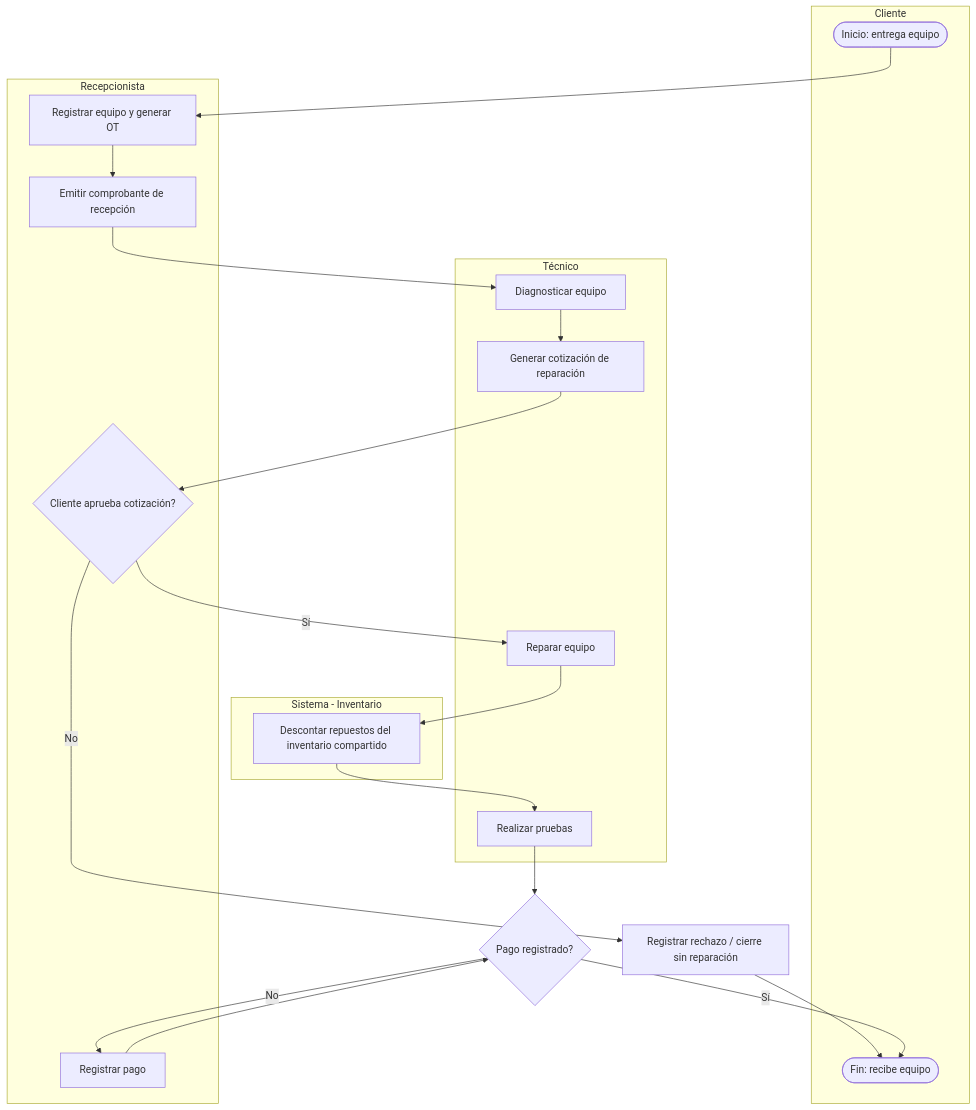
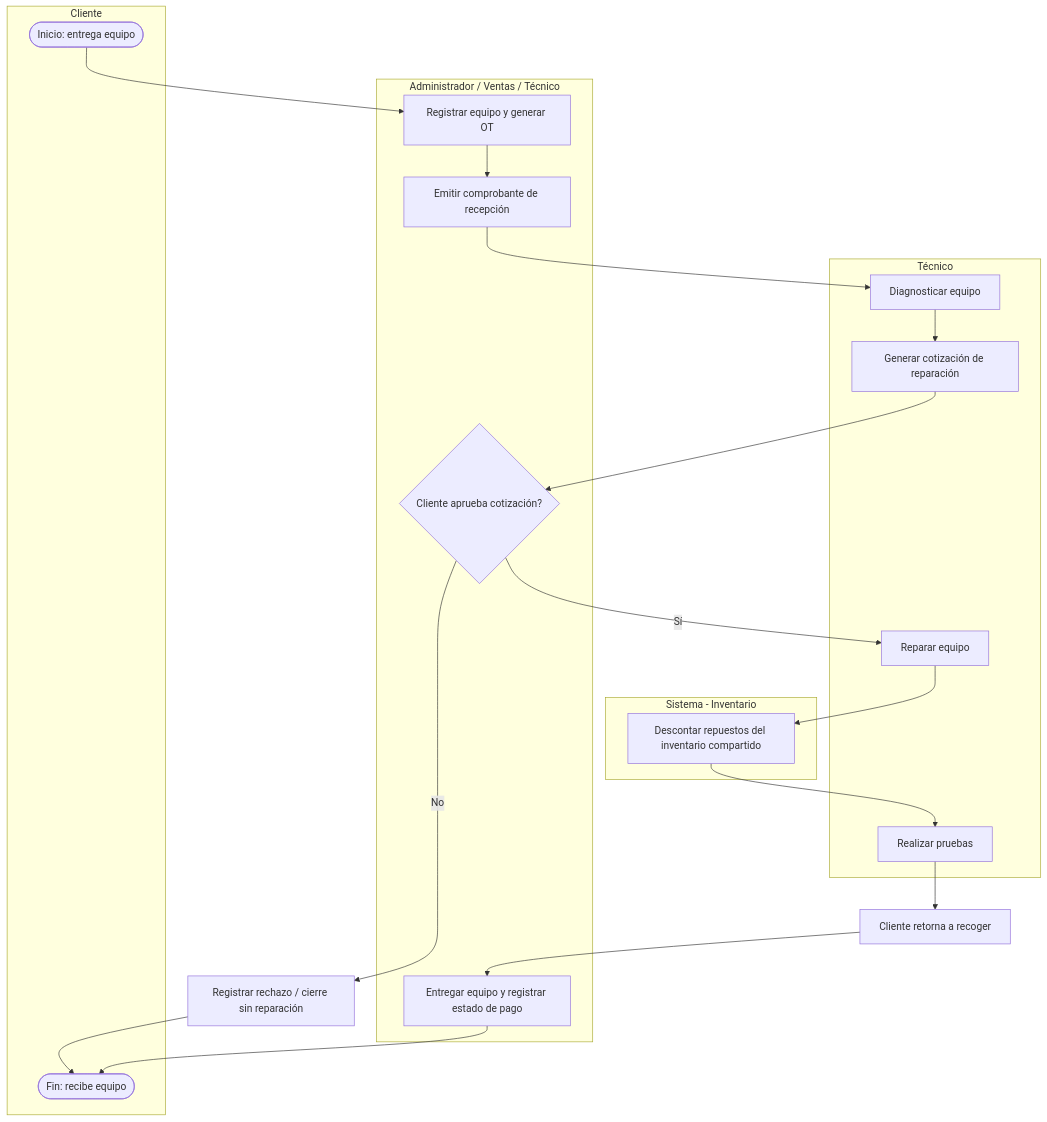
Before and after one commit to JoseAntonioZ1/ISARMIN-ERP: the second of 5 diagrams in docs/02-Business/Business-Processes.md, drawn with Mermaid. The commit also changed other lines of this file and 6 other files, not shown here.

````diff
--- a/docs/02-Business/Business-Processes.md
+++ b/docs/02-Business/Business-Processes.md
@@ -87,28 +87,26 @@
 ```mermaid
 flowchart TD
     subgraph Cliente
         B0([Inicio: entrega equipo])
         B10([Fin: recibe equipo])
     end
-    subgraph Recepcionista
+    subgraph Recepcionista[Administrador / Ventas / Técnico]
         B1[Registrar equipo y generar OT]
         B2[Emitir comprobante de recepción]
         B7{Cliente aprueba cotización?}
-        B9[Registrar pago]
+        B9[Entregar equipo y registrar estado de pago]
     end
     subgraph Tecnico[Técnico]
         B3[Diagnosticar equipo]
         B4[Generar cotización de reparación]
         B5[Reparar equipo]
         B6[Realizar pruebas]
     end
     subgraph Sistema_Inventario2[Sistema - Inventario]
         B5b[Descontar repuestos del inventario compartido]
     end
 
     B0 --> B1 --> B2 --> B3 --> B4 --> B7
     B7 -- No --> B7x[Registrar rechazo / cierre sin reparación] --> B10
-    B7 -- Sí --> B5 --> B5b --> B6 --> B8{Pago registrado?}
-    B8 -- No --> B9 --> B8
-    B8 -- Sí --> B10
+    B7 -- Sí --> B5 --> B5b --> B6 --> B8[Cliente retorna a recoger] --> B9 --> B10
 ```
````
